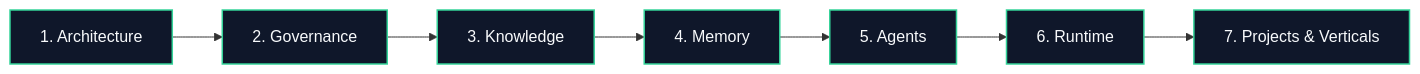
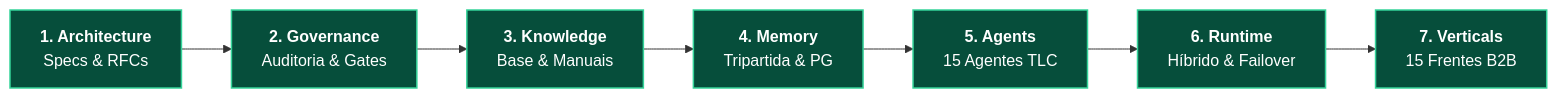
Before and after one commit to EnterDufter/PromptCoreLabs_AEOS: the second of 5 diagrams in governance/operating-model.md, drawn with Mermaid. The commit also changed other lines of this file and 8 other files, not shown here.

Commit message:
docs(mermaid): padronizar 15 diagramas calibrados v7 no repo, github pages e skill cortex

````diff
--- a/governance/operating-model.md
+++ b/governance/operating-model.md
@@ -61,6 +63,6 @@
 ```mermaid
-graph LR
-    classDef cap fill:#0f172a,stroke:#34d399,stroke-width:1.5px,color:#f8fafc;
+flowchart LR
+    classDef cap fill:#064e3b,stroke:#34d399,stroke-width:1.5px,color:#ffffff;
 
-    C1["1. Architecture"]:::cap --> C2["2. Governance"]:::cap --> C3["3. Knowledge"]:::cap --> C4["4. Memory"]:::cap --> C5["5. Agents"]:::cap --> C6["6. Runtime"]:::cap --> C7["7. Projects & Verticals"]:::cap
+    C1["<b>1. Architecture</b><br/>Specs & RFCs"]:::cap --> C2["<b>2. Governance</b><br/>Auditoria & Gates"]:::cap --> C3["<b>3. Knowledge</b><br/>Base & Manuais"]:::cap --> C4["<b>4. Memory</b><br/>Tripartida & PG"]:::cap --> C5["<b>5. Agents</b><br/>15 Agentes TLC"]:::cap --> C6["<b>6. Runtime</b><br/>Híbrido & Failover"]:::cap --> C7["<b>7. Verticals</b><br/>15 Frentes B2B"]:::cap
 ```
````
